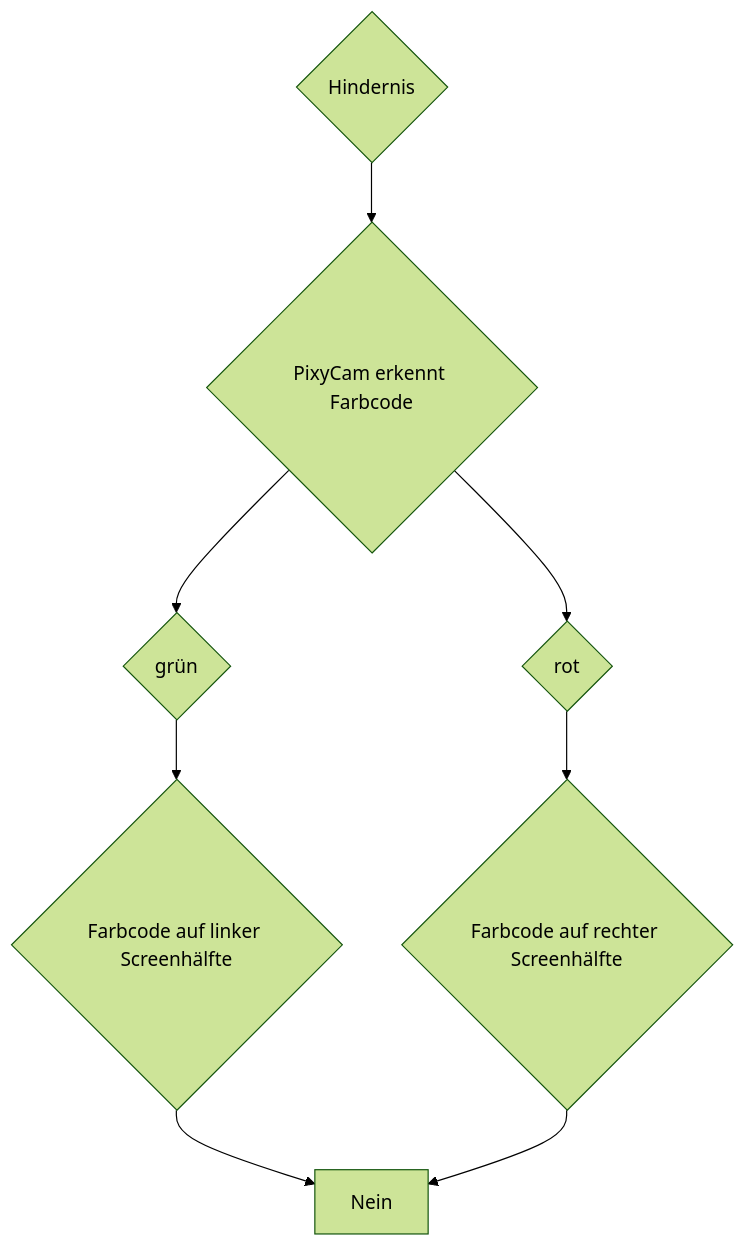
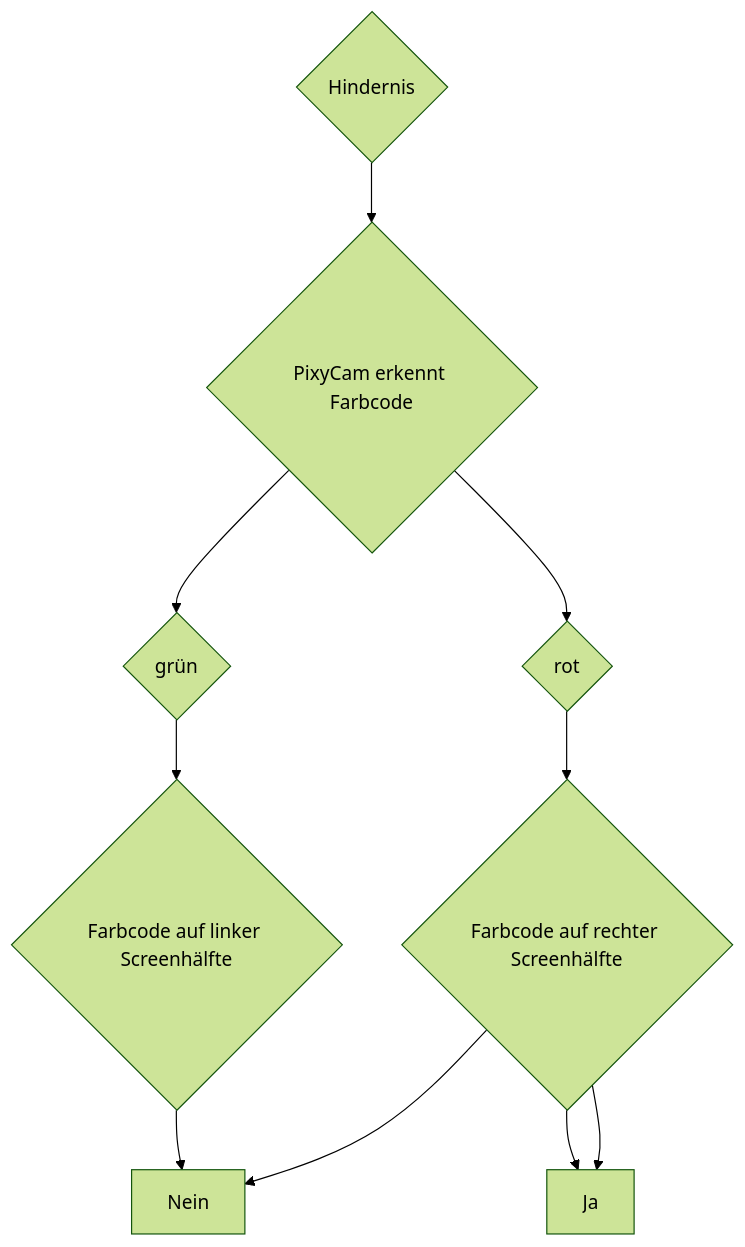
Before and after one commit to SchroedingersBit/PfortGTPanama: the diagram in Programme/Hindernisrennen/README.md, drawn with Mermaid (forest theme).

````diff
--- a/Programme/Hindernisrennen/README.md
+++ b/Programme/Hindernisrennen/README.md
@@ -4,8 +4,8 @@
 ```mermaid
 graph TB;
 A{Hindernis} -->B{PixyCam erkennt Farbcode};
 B-->E{grün}-->C1{Farbcode auf linker Screenhälfte};
 B-->C{rot}-->C2{Farbcode auf rechter Screenhälfte};
-C1 --> Nein
-C2 --> Nein 
+C1 --> Nein;C2-->Ja
+C2 --> Nein; C2-->Ja 
 ```
````
